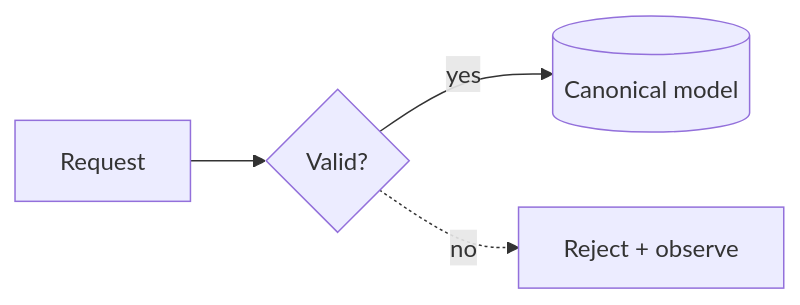
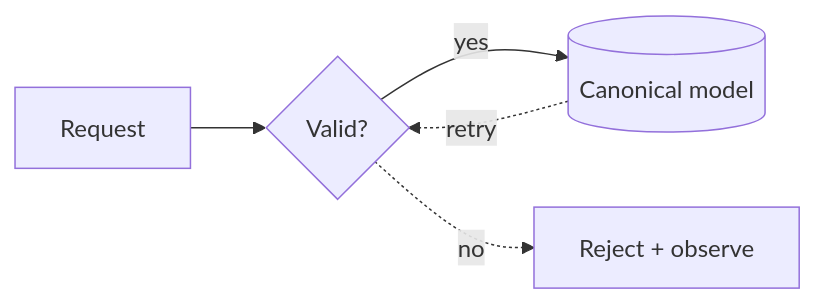
The diagram in README.md (ahwlsqja/terminal-diagram-explainer), drawn with Mermaid before and after one commit. The commit also changed other lines of this file and 17 other files, not shown here.

````diff
--- a/README.md
+++ b/README.md
@@ -14,6 +14,7 @@
 ```mermaid
 flowchart LR
 Receive[Request] --> Validate{Valid?}
 Validate -->|yes| Store[(Canonical model)]
 Validate -.->|no| Reject[Reject + observe]
+Store -.->|retry| Validate
 ```
````
